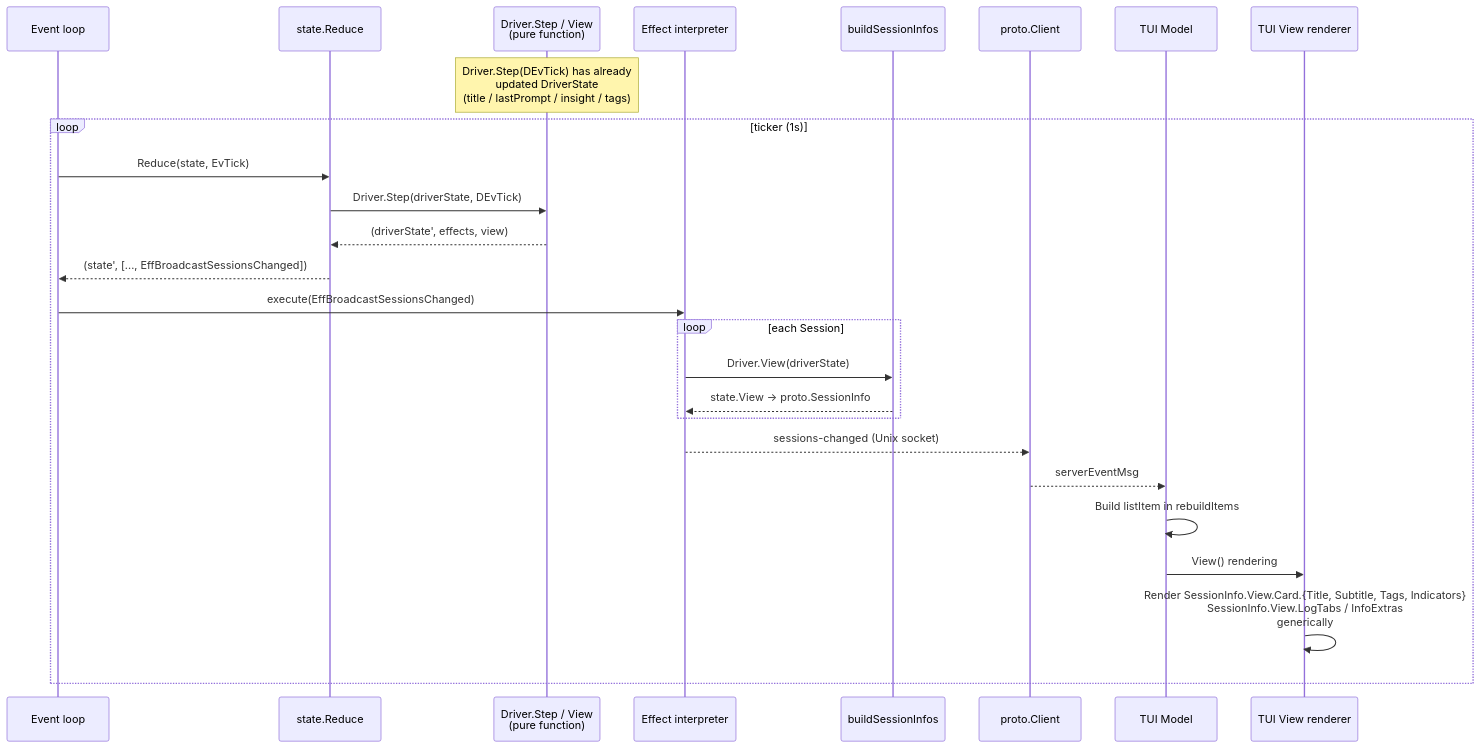
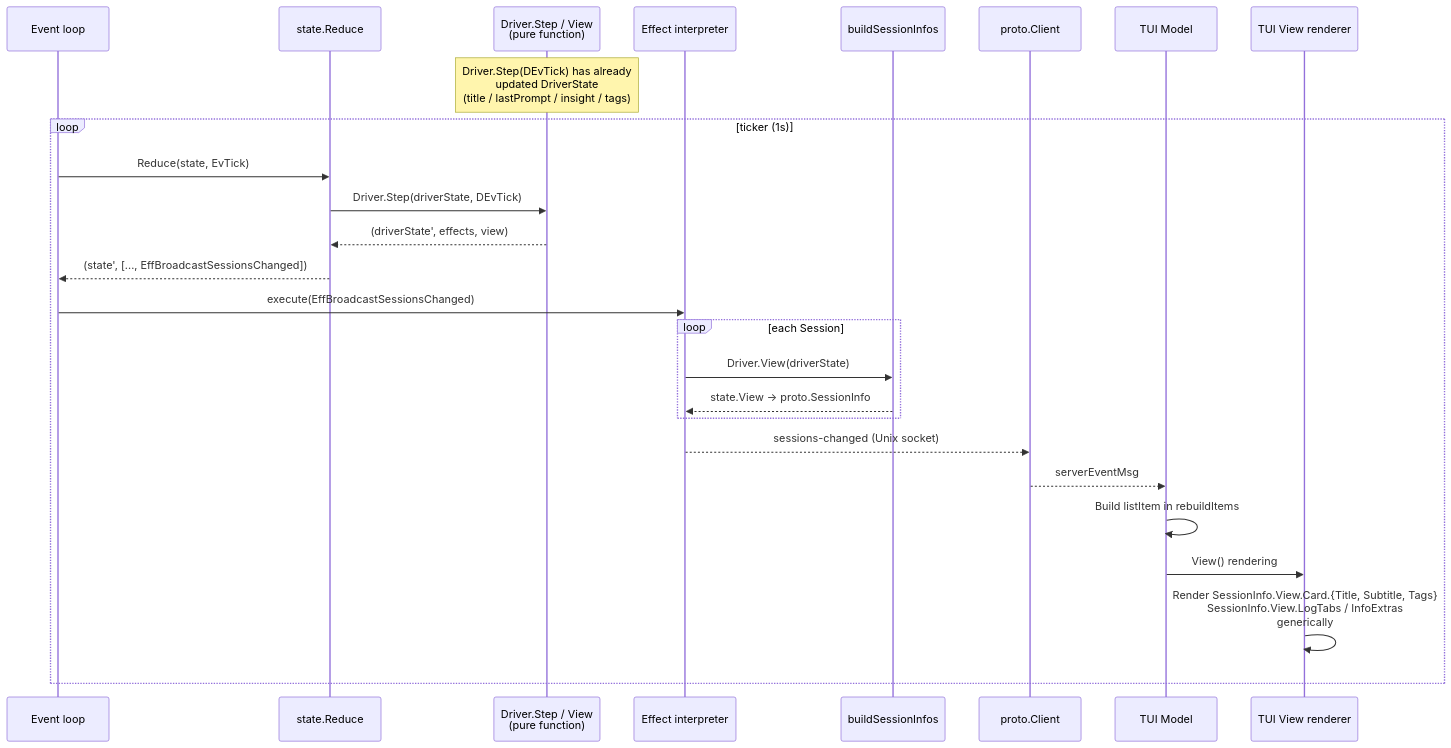
One commit to takezoh/agent-grid changed the diagram in docs/technical/client/process-model.md. Above: the diagram before and after it, drawn with Mermaid. The commit also changed other lines of this file and 9 other files, not shown here.

First line of the commit message:
refactor(client): remove session card indicators

````diff
--- a/docs/technical/client/process-model.md
+++ b/docs/technical/client/process-model.md
@@ -53,30 +52,30 @@
 ```mermaid
 sequenceDiagram
     participant EL as Event loop
     participant Red as state.Reduce
     participant D as Driver.Step / View<br/>(pure function)
     participant Interp as Effect interpreter
     participant Bridge as buildSessionInfos
     participant Client as proto.Client
     participant Model as TUI Model
     participant Render as TUI View renderer
 
     Note over D: Driver.Step(DEvTick) has already<br/>updated DriverState<br/>(title / lastPrompt / insight / tags)
 
     loop ticker (1s)
         EL->>Red: Reduce(state, EvTick)
         Red->>D: Driver.Step(driverState, DEvTick)
         D-->>Red: (driverState', effects, view)
         Red-->>EL: (state', [..., EffBroadcastSessionsChanged])
         EL->>Interp: execute(EffBroadcastSessionsChanged)
         loop each Session
             Interp->>Bridge: Driver.View(driverState)
             Bridge-->>Interp: state.View → proto.SessionInfo
         end
         Interp-->>Client: sessions-changed (Unix socket)
         Client-->>Model: serverEventMsg
         Model->>Model: Build listItem in rebuildItems
         Model->>Render: View() rendering
-        Render->>Render: Render SessionInfo.View.Card.{Title, Subtitle, Tags, Indicators}<br/>SessionInfo.View.LogTabs / InfoExtras<br/>generically
+        Render->>Render: Render SessionInfo.View.Card.{Title, Subtitle, Tags}<br/>SessionInfo.View.LogTabs / InfoExtras<br/>generically
     end
 ```
````
